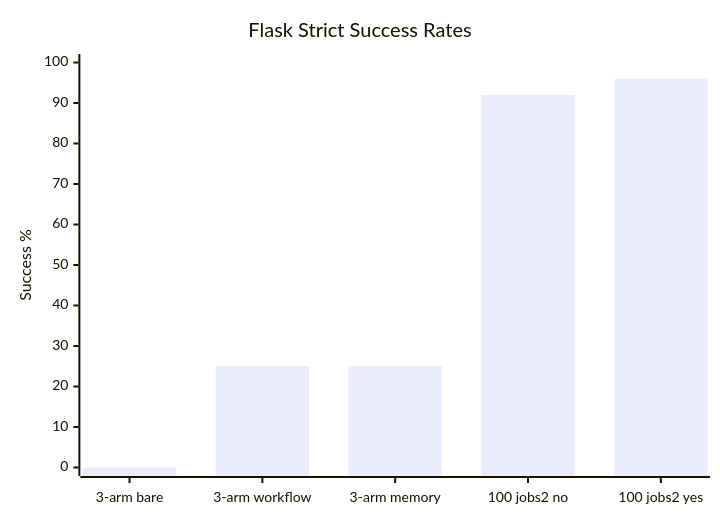
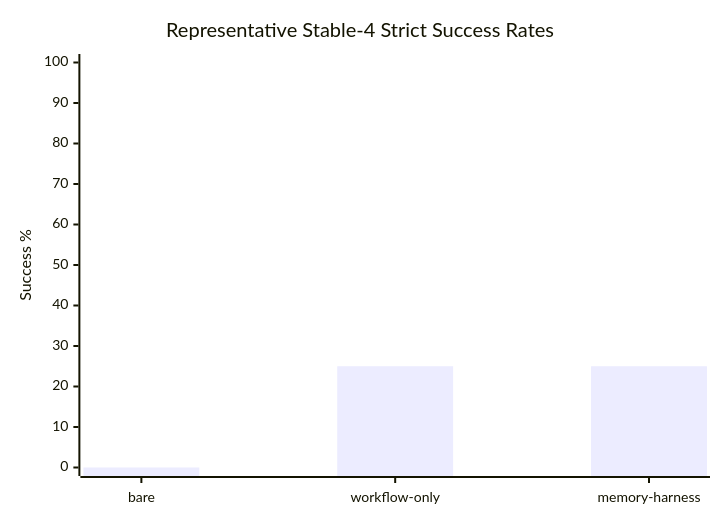
Before and after one commit to harnessworks/harness-agent-benchmark-runner: the diagram in README.md, drawn with Mermaid. The commit also changed other lines of this file and 2 other files, not shown here.

````diff
--- a/README.md
+++ b/README.md
@@ -132,7 +172,7 @@
 ```mermaid
 xychart-beta
-    title "Flask Strict Success Rates"
-    x-axis ["3-arm bare", "3-arm workflow", "3-arm memory", "100 jobs2 no", "100 jobs2 yes"]
+    title "Representative Stable-4 Strict Success Rates"
+    x-axis ["bare", "workflow-only", "memory-harness"]
     y-axis "Success %" 0 --> 100
-    bar [0, 25, 25, 92, 96]
+    bar [0, 25, 25]
 ```
````
